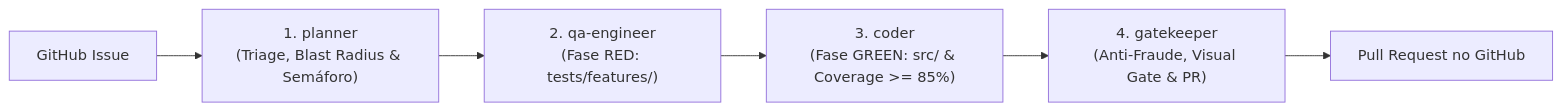
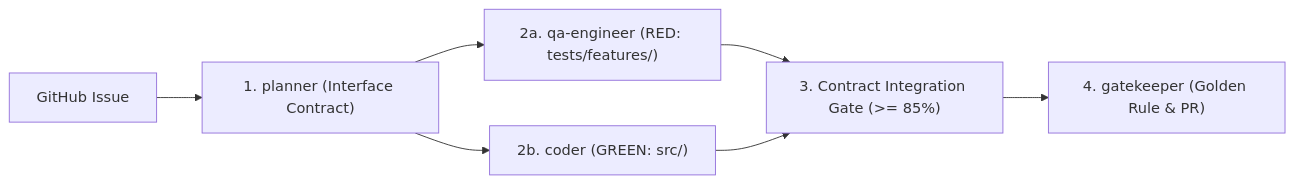
One commit to VitorJacom/my-agents changed the second of 2 diagrams in docs/Subagents.md. Above: the diagram before and after it, drawn with Mermaid. The commit also changed other lines of this file and 38 other files, not shown here.

````diff
--- a/docs/Subagents.md
+++ b/docs/Subagents.md
@@ -190,8 +64,9 @@
 ```mermaid
 flowchart LR
-    Issue["GitHub Issue"] --> Planner["1. planner<br/>(Triage, Blast Radius & Semáforo)"]
-    Planner --> QA["2. qa-engineer<br/>(Fase RED: tests/features/)"]
-    QA --> Coder["3. coder<br/>(Fase GREEN: src/ & Coverage >= 85%)"]
-    Coder --> Gatekeeper["4. gatekeeper<br/>(Anti-Fraude, Visual Gate & PR)"]
-    Gatekeeper --> PR["Pull Request no GitHub"]
+    Issue["GitHub Issue"] --> Planner["1. planner (Interface Contract)"]
+    Planner --> QA["2a. qa-engineer (RED: tests/features/)"]
+    Planner --> Coder["2b. coder (GREEN: src/)"]
+    QA --> Join["3. Contract Integration Gate (>= 85%)"]
+    Coder --> Join
+    Join --> Gatekeeper["4. gatekeeper (Golden Rule & PR)"]
 ```
````
